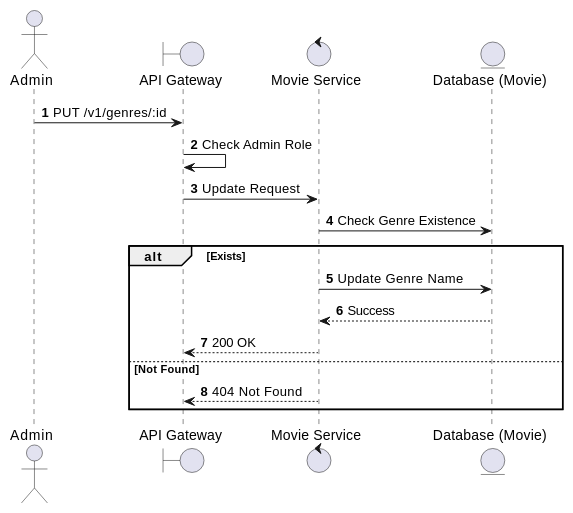
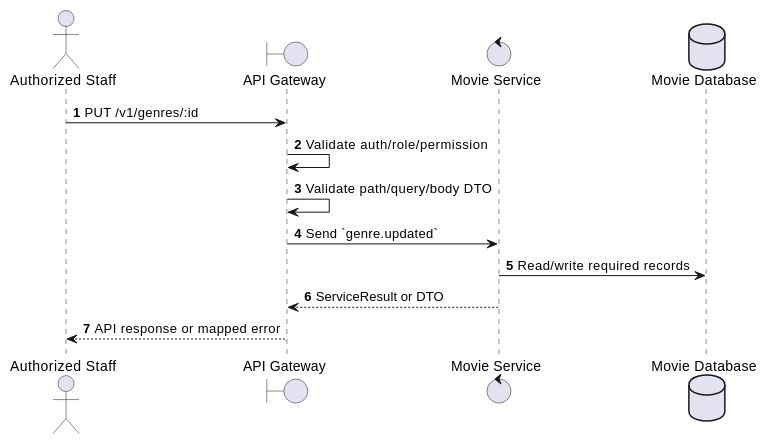
Before and after one commit to Tanh1603/movie-hub-architecture: the first of 2 diagrams in docs/functional_specs/3.3.3_Genre_Management/GM-04_Update_Genre.md, drawn with PlantUML. The commit also changed other lines of this file and 126 other files, not shown here.

````diff
--- a/docs/functional_specs/3.3.3_Genre_Management/GM-04_Update_Genre.md
+++ b/docs/functional_specs/3.3.3_Genre_Management/GM-04_Update_Genre.md
@@ -17,21 +17,17 @@
 ```plantuml
 @startuml
 autonumber
-actor Admin
+actor "Authorized Staff" as Actor
 boundary "API Gateway" as GW
-control "Movie Service" as MS
-entity "Database (Movie)" as DB
+control "Movie Service" as SVC
+database "Movie Database" as DB
 
-Admin -> GW: PUT /v1/genres/:id
-GW -> GW: Check Admin Role
-GW -> MS: Update Request
-MS -> DB: Check Genre Existence
-alt Exists
-    MS -> DB: Update Genre Name
-    DB --> MS: Success
-    MS --> GW: 200 OK
-else Not Found
-    MS --> GW: 404 Not Found
-end
+Actor -> GW: PUT /v1/genres/:id
+GW -> GW: Validate auth/role/permission
+GW -> GW: Validate path/query/body DTO
+GW -> SVC: Send `genre.updated`
+SVC -> DB: Read/write required records
+SVC --> GW: ServiceResult or DTO
+GW --> Actor: API response or mapped error
 @enduml
 ```
````
